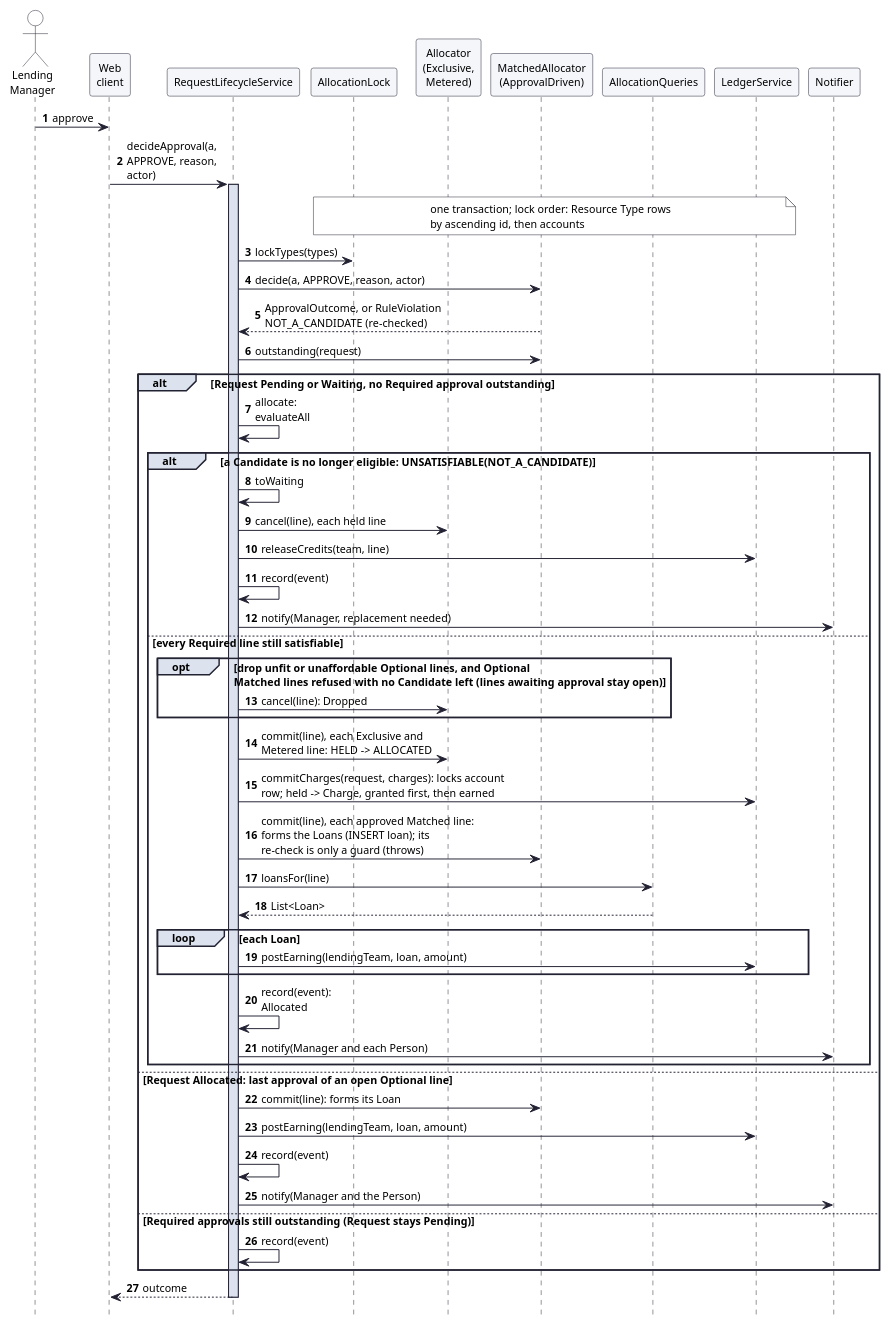
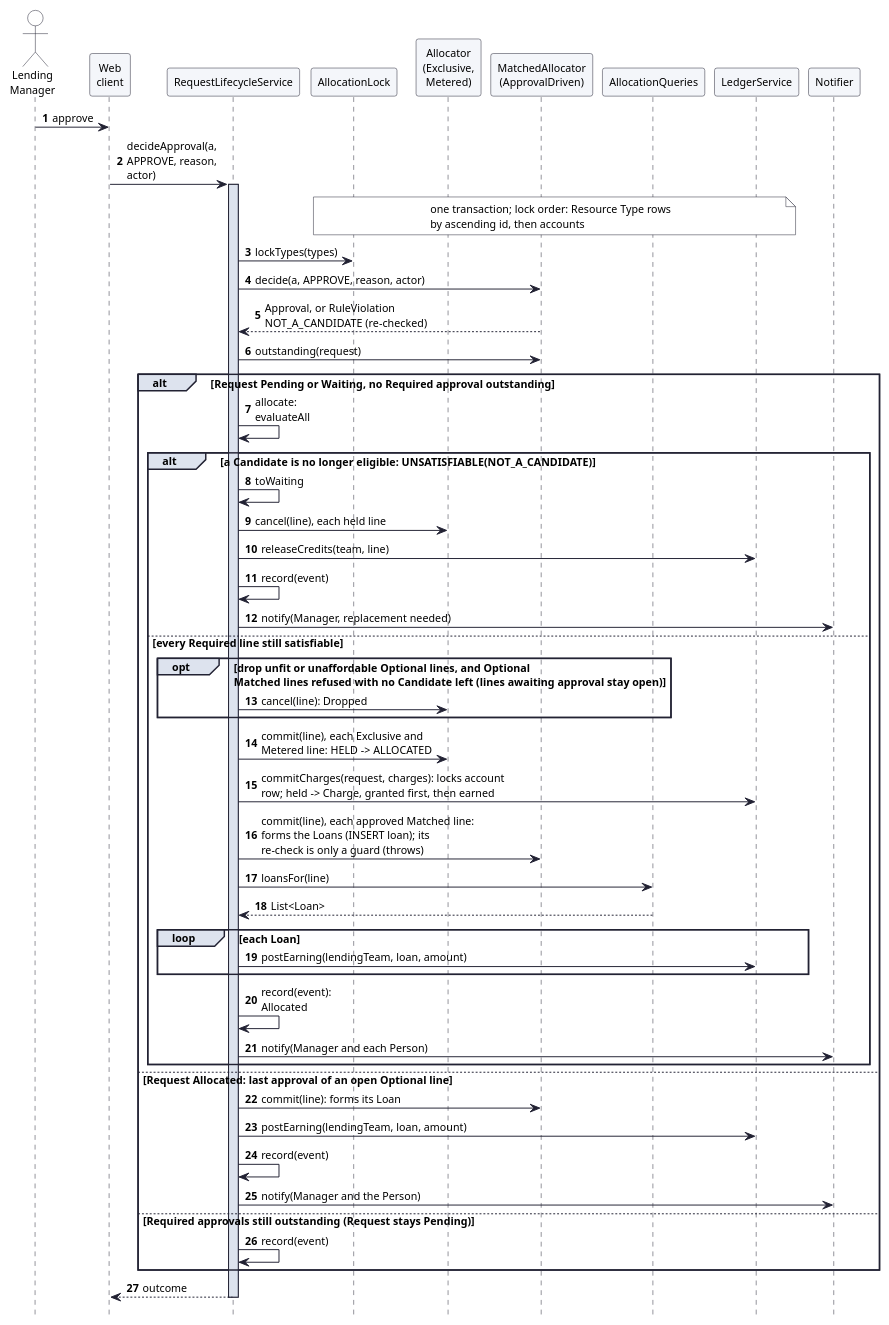
The diagram in docs/design/figures/seq-s2-allocate.puml (JaiNana123321/openbench), drawn with PlantUML before and after one commit. The commit also changed 46 other files, not shown here.

```diff
--- a/docs/design/figures/seq-s2-allocate.puml
+++ b/docs/design/figures/seq-s2-allocate.puml
@@ -1,88 +1,88 @@
 @startuml seq-s2-allocate
 ' F12 Scenario S2: the last approval allocates the Request (UC-6). One transaction.
 ' allocate re-runs evaluateAll first, so an ineligible Candidate sends the Request to Waiting before
 ' any commit; MatchedAllocator.commit repeats the check only as a guard that throws and rolls back.
 skinparam shadowing false
 skinparam defaultFontName Helvetica
 skinparam defaultFontSize 11
 skinparam ArrowColor #223
 skinparam sequenceMessageAlign left
 skinparam responseMessageBelowArrow true
 skinparam sequence {
   ParticipantBackgroundColor #F4F6FA
   ParticipantBorderColor #223
   ActorBackgroundColor White
   ActorBorderColor #223
   LifeLineBorderColor #223
   LifeLineBackgroundColor #DDE3EE
   GroupBorderColor #223
   GroupBackgroundColor #DDE3EE
   DividerBackgroundColor #F4F6FA
   DividerBorderColor #223
 }
 skinparam database {
   BackgroundColor #F4F6FA
   BorderColor #223
 }
 skinparam note {
   BackgroundColor White
   BorderColor #223
 }
 hide footbox
 autonumber
 
 actor "Lending\nManager" as LM
 participant "Web\nclient" as Web
 participant RequestLifecycleService as RLS
 participant AllocationLock as Lock
 participant "Allocator\n(Exclusive,\nMetered)" as Alloc
 participant "MatchedAllocator\n(ApprovalDriven)" as MA
 participant AllocationQueries as AQ
 participant LedgerService as Ledger
 participant Notifier
 
 LM -> Web : approve
 Web -> RLS : decideApproval(a,\nAPPROVE, reason,\nactor)
 activate RLS
 note over Lock, Ledger
   one transaction; lock order: Resource Type rows
   by ascending id, then accounts
 end note
 RLS -> Lock : lockTypes(types)
 RLS -> MA : decide(a, APPROVE, reason, actor)
-MA --> RLS : ApprovalOutcome, or RuleViolation\nNOT_A_CANDIDATE (re-checked)
+MA --> RLS : Approval, or RuleViolation\nNOT_A_CANDIDATE (re-checked)
 RLS -> MA : outstanding(request)
 alt Request Pending or Waiting, no Required approval outstanding
   RLS -> RLS : allocate:\nevaluateAll
   alt a Candidate is no longer eligible: UNSATISFIABLE(NOT_A_CANDIDATE)
     RLS -> RLS : toWaiting
     RLS -> Alloc : cancel(line), each held line
     RLS -> Ledger : releaseCredits(team, line)
     RLS -> RLS : record(event)
     RLS -> Notifier : notify(Manager, replacement needed)
   else every Required line still satisfiable
     opt drop unfit or unaffordable Optional lines, and Optional\nMatched lines refused with no Candidate left (lines awaiting approval stay open)
       RLS -> Alloc : cancel(line): Dropped
     end
     RLS -> Alloc : commit(line), each Exclusive and\nMetered line: HELD -> ALLOCATED
     RLS -> Ledger : commitCharges(request, charges): locks account\nrow; held -> Charge, granted first, then earned
     RLS -> MA : commit(line), each approved Matched line:\nforms the Loans (INSERT loan); its\nre-check is only a guard (throws)
     RLS -> AQ : loansFor(line)
     AQ --> RLS : List<Loan>
     loop each Loan
       RLS -> Ledger : postEarning(lendingTeam, loan, amount)
     end
     RLS -> RLS : record(event):\nAllocated
     RLS -> Notifier : notify(Manager and each Person)
   end
 else Request Allocated: last approval of an open Optional line
   RLS -> MA : commit(line): forms its Loan
   RLS -> Ledger : postEarning(lendingTeam, loan, amount)
   RLS -> RLS : record(event)
   RLS -> Notifier : notify(Manager and the Person)
 else Required approvals still outstanding (Request stays Pending)
   RLS -> RLS : record(event)
 end
 RLS --> Web : outcome
 deactivate RLS
 @enduml
```
